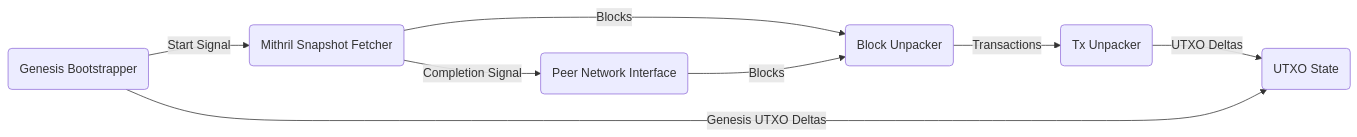
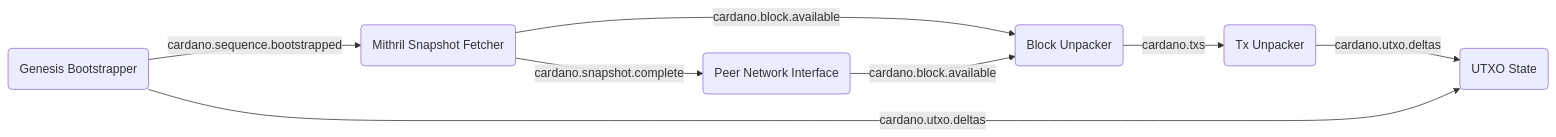
The diagram in docs/architecture/system-basic.md (input-output-hk/acropolis), drawn with Mermaid before and after one commit. The commit also changed other lines of this file, not shown here.

Commit message:
Describe data flow of simple system

````diff
--- a/docs/architecture/system-basic.md
+++ b/docs/architecture/system-basic.md
@@ -15,24 +15,24 @@
 ```mermaid
 flowchart LR
   GEN(Genesis Bootstrapper)
   MSF(Mithril Snapshot Fetcher)
   PNI(Peer Network Interface)
   BU(Block Unpacker)
   TXU(Tx Unpacker)
   UTXO(UTXO State)
 
-  GEN -- Start Signal --> MSF
-  MSF -- Blocks --> BU
-  MSF -- Completion Signal --> PNI
-  PNI -- Blocks --> BU
-  BU  -- Transactions --> TXU
-  TXU -- UTXO Deltas --> UTXO
-  GEN -- Genesis UTXO Deltas --> UTXO
+  GEN -- cardano.sequence.bootstrapped --> MSF
+  MSF -- cardano.block.available --> BU
+  MSF -- cardano.snapshot.complete --> PNI
+  PNI -- cardano.block.available --> BU
+  BU  -- cardano.txs --> TXU
+  TXU -- cardano.utxo.deltas --> UTXO
+  GEN -- cardano.utxo.deltas --> UTXO
 
   click GEN "https://github.com/input-output-hk/acropolis/tree/main/modules/genesis_bootstrapper/"
   click MSF "https://github.com/input-output-hk/acropolis/tree/main/modules/mithril_snapshot_fetcher/"
   click PNI "https://github.com/input-output-hk/acropolis/tree/main/modules/peer_network_interface/"
   click BU "https://github.com/input-output-hk/acropolis/tree/main/modules/block_unpacker/"
   click TXU "https://github.com/input-output-hk/acropolis/tree/main/modules/tx_unpacker/"
   click UTXO "https://github.com/input-output-hk/acropolis/tree/main/modules/utxo_state/"
 ```
````
